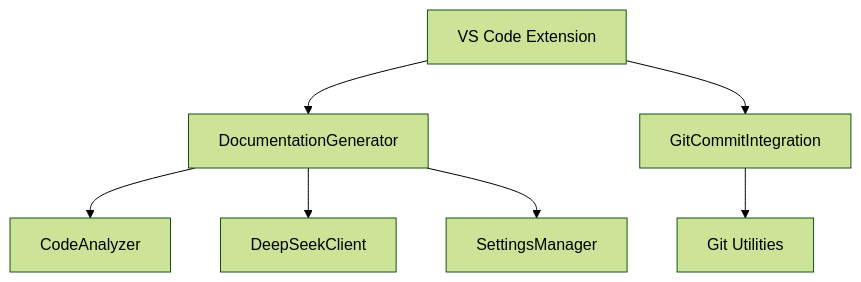
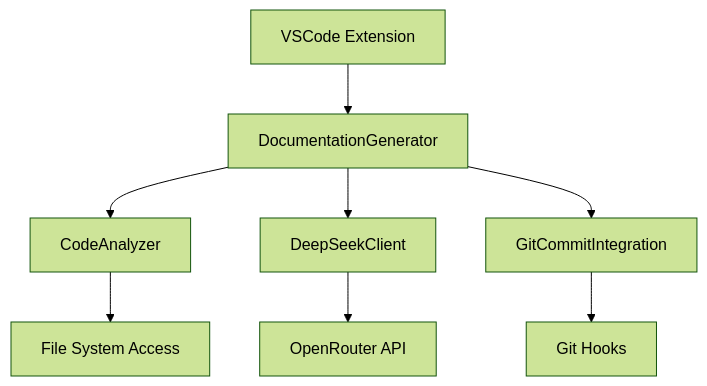
The first of 5 diagrams in PROJECT_OVERVIEW.md (voznyye/AutoDoc), drawn with Mermaid (forest theme) before and after one commit. The commit also changed other lines of this file and 1 other file, not shown here.

````diff
--- a/PROJECT_OVERVIEW.md
+++ b/PROJECT_OVERVIEW.md
@@ -37,9 +20,10 @@
 ```mermaid
 graph TD
-    A[VS Code Extension] --> B[DocumentationGenerator]
-    A --> C[GitCommitIntegration]
-    B --> D[CodeAnalyzer]
-    B --> E[DeepSeekClient]
-    C --> F[Git Utilities]
-    B --> G[SettingsManager]
+    A[VSCode Extension] --> B[DocumentationGenerator]
+    B --> C[CodeAnalyzer]
+    B --> D[DeepSeekClient]
+    B --> E[GitCommitIntegration]
+    C --> F[File System Access]
+    D --> G[OpenRouter API]
+    E --> H[Git Hooks]
 ```
````
